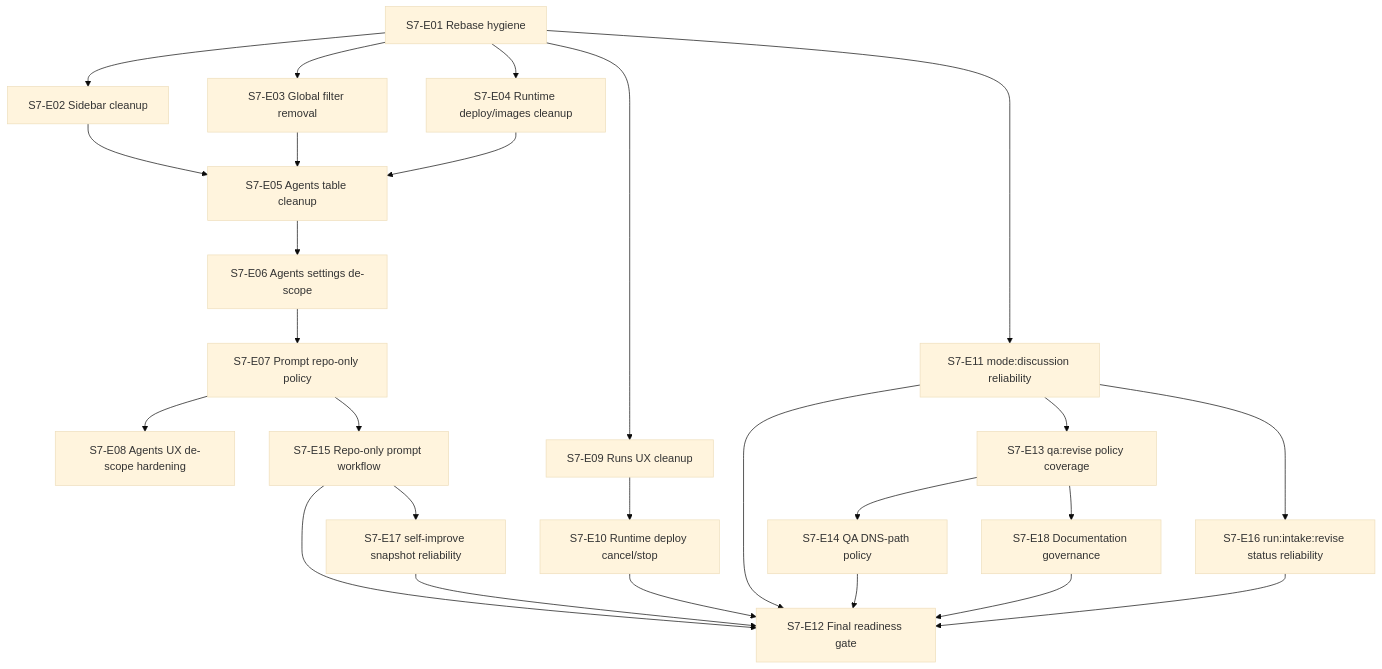
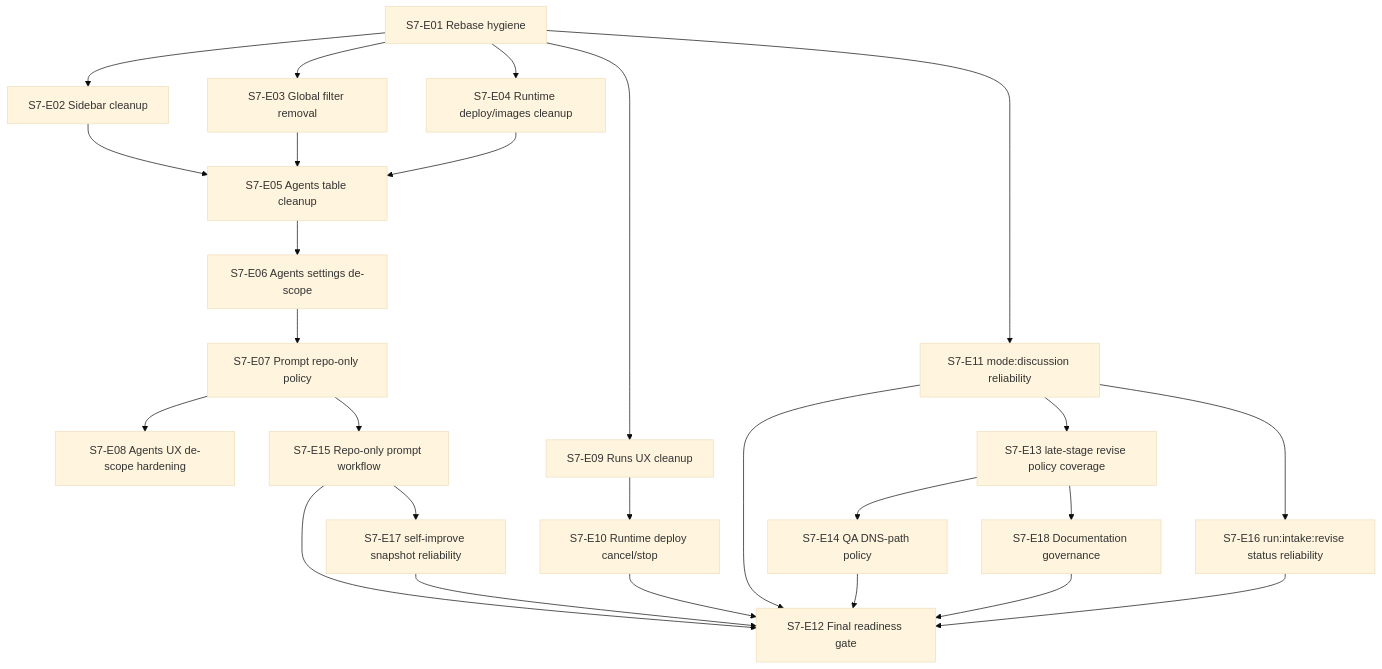
One commit to codex-k8s/kodex changed the diagram in docs/delivery/epics/s7/epic-s7-day3-mvp-readiness-prd.md. Above: the diagram before and after it, drawn with Mermaid (base theme). The commit also changed 43 other files, not shown here.

Commit message:
Expand late-stage revise loop coverage

````diff
--- a/docs/delivery/epics/s7/epic-s7-day3-mvp-readiness-prd.md
+++ b/docs/delivery/epics/s7/epic-s7-day3-mvp-readiness-prd.md
@@ -58,35 +58,35 @@
 ```mermaid
 graph TD
     A[S7-E01 Rebase hygiene] --> B[S7-E02 Sidebar cleanup]
     A --> C[S7-E03 Global filter removal]
     A --> D[S7-E04 Runtime deploy/images cleanup]
     B --> E[S7-E05 Agents table cleanup]
     C --> E
     D --> E
     E --> F[S7-E06 Agents settings de-scope]
     F --> G[S7-E07 Prompt repo-only policy]
     G --> H[S7-E08 Agents UX de-scope hardening]
 
     A --> I[S7-E09 Runs UX cleanup]
     I --> J[S7-E10 Runtime deploy cancel/stop]
     J --> K[S7-E12 Final readiness gate]
 
     A --> L[S7-E11 mode:discussion reliability]
     L --> K
 
-    L --> M[S7-E13 qa:revise policy coverage]
+    L --> M[S7-E13 late-stage revise policy coverage]
     M --> N[S7-E14 QA DNS-path policy]
     N --> K
 
     G --> O[S7-E15 Repo-only prompt workflow]
     O --> K
 
     L --> P[S7-E16 run:intake:revise status reliability]
     P --> K
 
     O --> Q[S7-E17 self-improve snapshot reliability]
     Q --> K
 
     M --> R[S7-E18 Documentation governance]
     R --> K
 ```
````
